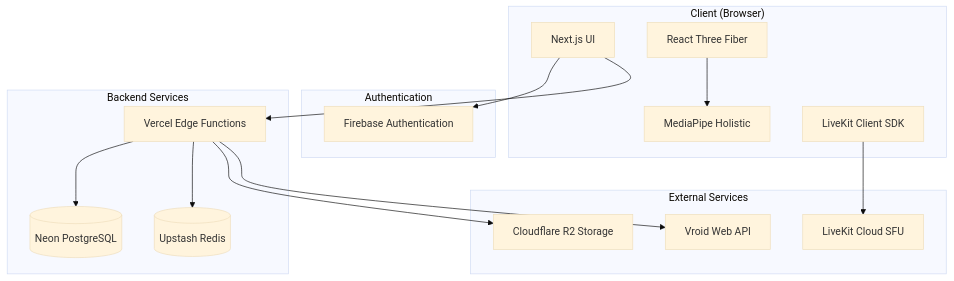
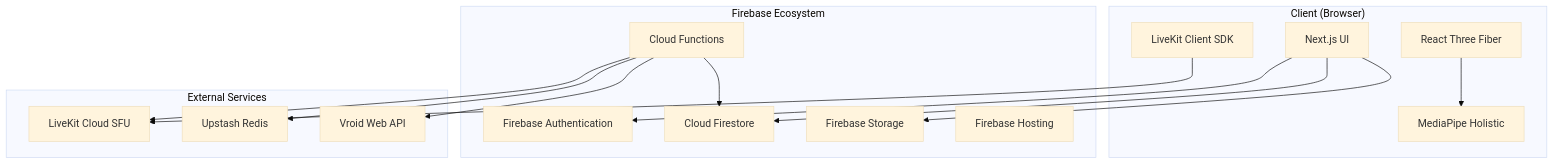
The diagram in .kiro/specs/v-chat-core/design.md (KOU050223/V-Chat), drawn with Mermaid (base theme) before and after one commit. The commit also changed other lines of this file and 4 other files, not shown here.

````diff
--- a/.kiro/specs/v-chat-core/design.md
+++ b/.kiro/specs/v-chat-core/design.md
@@ -13,34 +13,33 @@
 ```mermaid
 graph TB
     subgraph "Client (Browser)"
         UI[Next.js UI]
         ThreeJS[React Three Fiber]
         MediaPipe[MediaPipe Holistic]
         LiveKitClient[LiveKit Client SDK]
     end
     
-    subgraph "Authentication"
+    subgraph "Firebase Ecosystem"
         FirebaseAuth[Firebase Authentication]
-    end
-    
-    subgraph "Backend Services"
-        VercelAPI[Vercel Edge Functions]
-        NeonDB[(Neon PostgreSQL)]
-        UpstashRedis[(Upstash Redis)]
+        Firestore[Cloud Firestore]
+        FirebaseStorage[Firebase Storage]
+        CloudFunctions[Cloud Functions]
+        FirebaseHosting[Firebase Hosting]
     end
     
     subgraph "External Services"
         LiveKitCloud[LiveKit Cloud SFU]
-        CloudflareR2[Cloudflare R2 Storage]
+        UpstashRedis[Upstash Redis]
         VroidAPI[Vroid Web API]
     end
     
     UI --> FirebaseAuth
-    UI --> VercelAPI
+    UI --> Firestore
+    UI --> FirebaseStorage
     ThreeJS --> MediaPipe
     LiveKitClient --> LiveKitCloud
-    VercelAPI --> NeonDB
-    VercelAPI --> UpstashRedis
-    VercelAPI --> CloudflareR2
-    VercelAPI --> VroidAPI
+    CloudFunctions --> Firestore
+    CloudFunctions --> UpstashRedis
+    CloudFunctions --> VroidAPI
+    CloudFunctions --> LiveKitCloud
 ```
````
